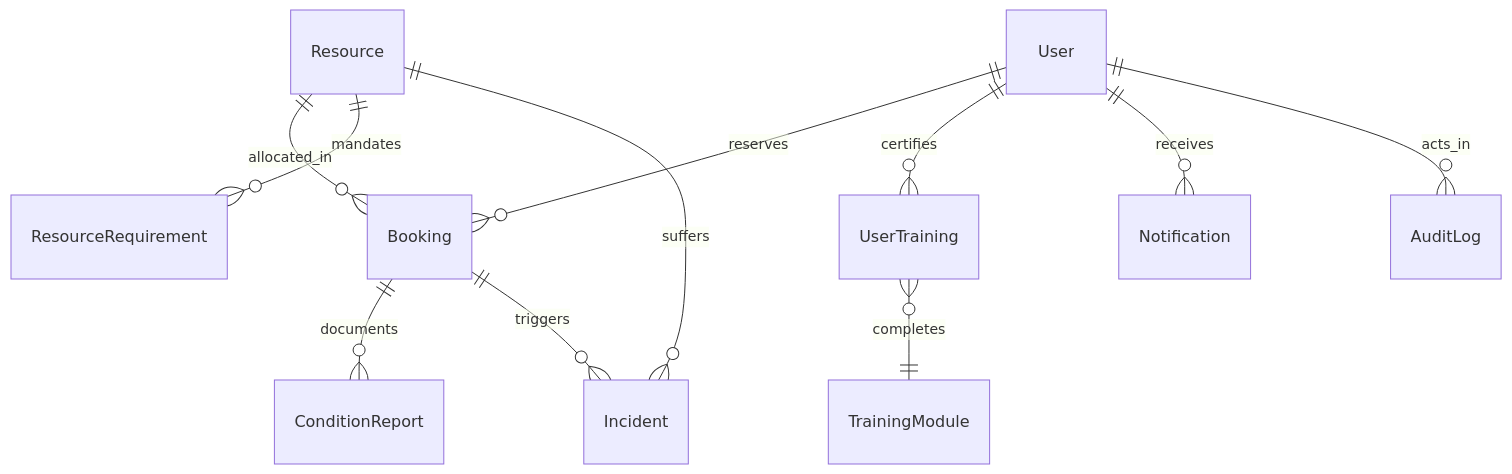
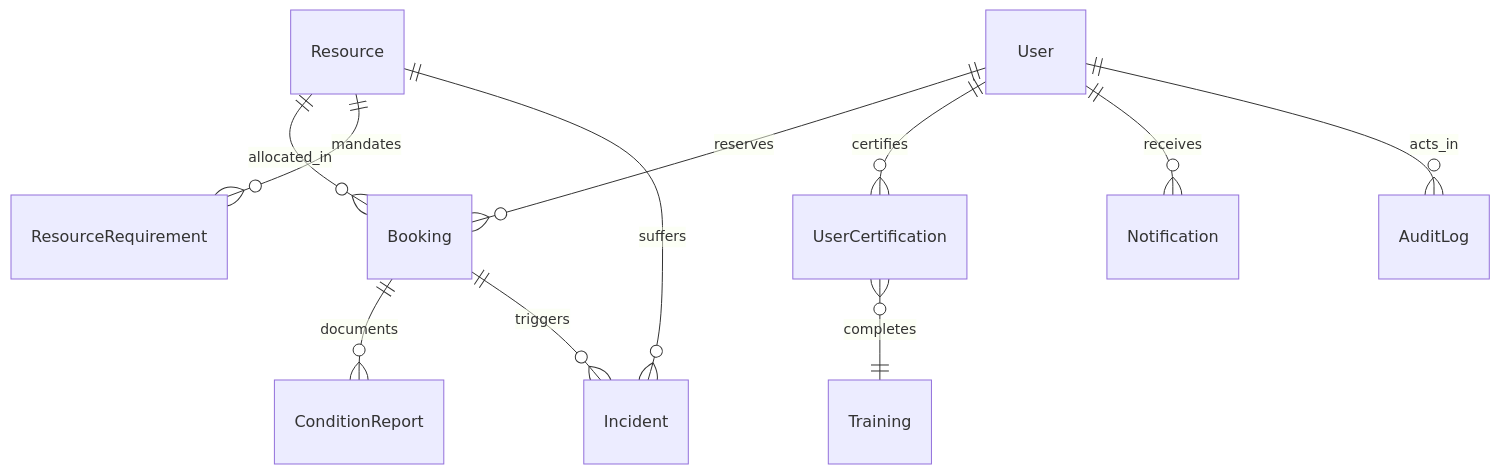
One commit to Shrey-Vhr/Code-Conqueror changed the first of 2 diagrams in README.md. Above: the diagram before and after it, drawn with Mermaid. The commit also changed other lines of this file and 1 other file, not shown here.

````diff
--- a/README.md
+++ b/README.md
@@ -33,13 +36,13 @@
 ```mermaid
 erDiagram
     User ||--o{ Booking : "reserves"
-    User ||--o{ UserTraining : "certifies"
+    User ||--o{ UserCertification : "certifies"
     User ||--o{ Notification : "receives"
     User ||--o{ AuditLog : "acts_in"
     Resource ||--o{ Booking : "allocated_in"
     Resource ||--o{ ResourceRequirement : "mandates"
     Resource ||--o{ Incident : "suffers"
     Booking ||--o{ ConditionReport : "documents"
     Booking ||--o{ Incident : "triggers"
-    UserTraining }o--|| TrainingModule : "completes"
+    UserCertification }o--|| Training : "completes"
 ```
````
